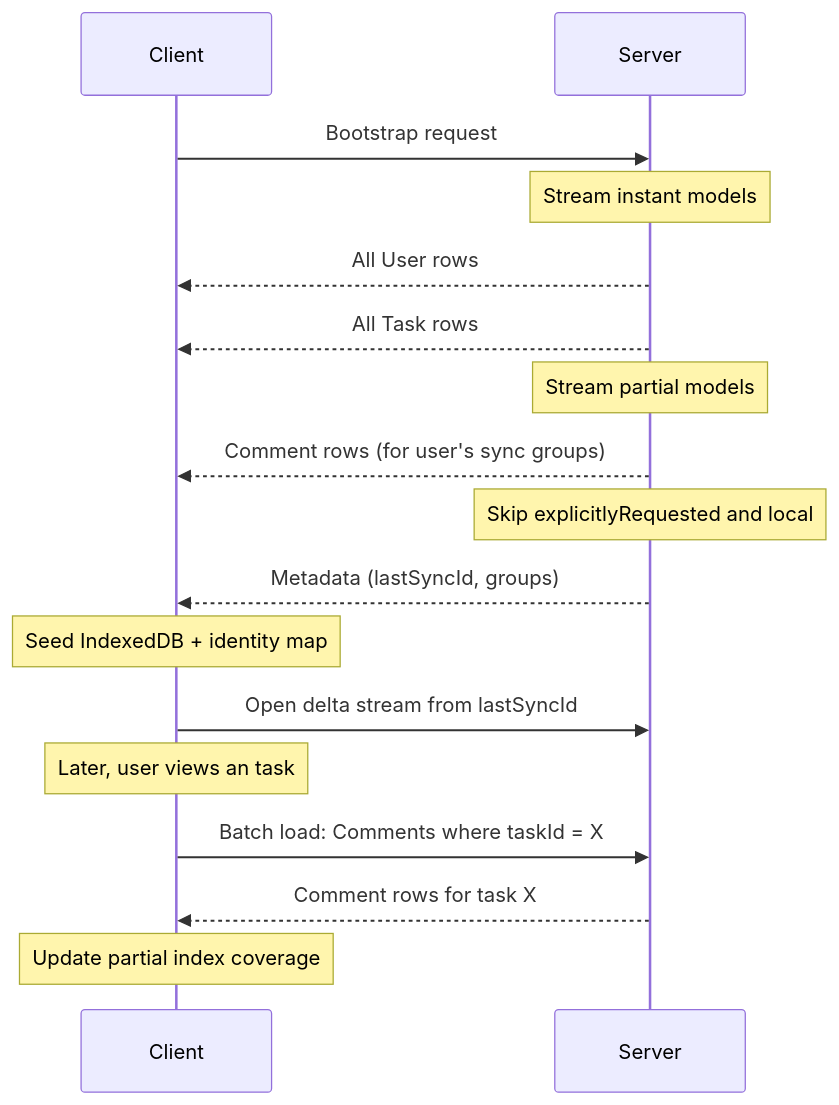
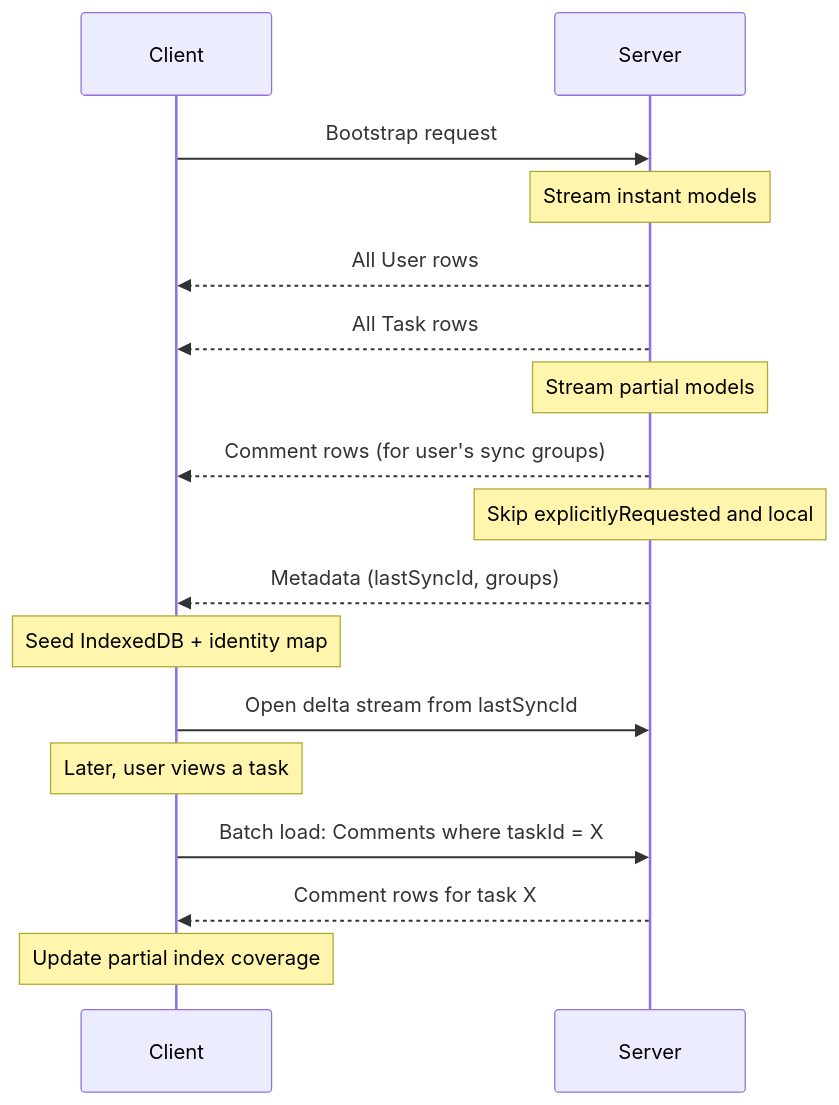
The second of 2 diagrams in apps/docs/content/docs/guides/load-strategies.mdx (stratasync/stratasync), drawn with Mermaid before and after one commit. The commit also changed other lines of this file and 39 other files, not shown here.

````diff
--- a/apps/docs/content/docs/guides/load-strategies.mdx
+++ b/apps/docs/content/docs/guides/load-strategies.mdx
@@ -286,22 +162,22 @@
 ```mermaid
 sequenceDiagram
     participant Client
     participant Server
 
     Client->>Server: Bootstrap request
     Note over Server: Stream instant models
     Server-->>Client: All User rows
     Server-->>Client: All Task rows
     Note over Server: Stream partial models
     Server-->>Client: Comment rows (for user's sync groups)
     Note over Server: Skip explicitlyRequested and local
     Server-->>Client: Metadata (lastSyncId, groups)
 
     Note over Client: Seed IndexedDB + identity map
     Client->>Server: Open delta stream from lastSyncId
 
-    Note over Client: Later, user views an task
+    Note over Client: Later, user views a task
     Client->>Server: Batch load: Comments where taskId = X
     Server-->>Client: Comment rows for task X
     Note over Client: Update partial index coverage
 ```
````
